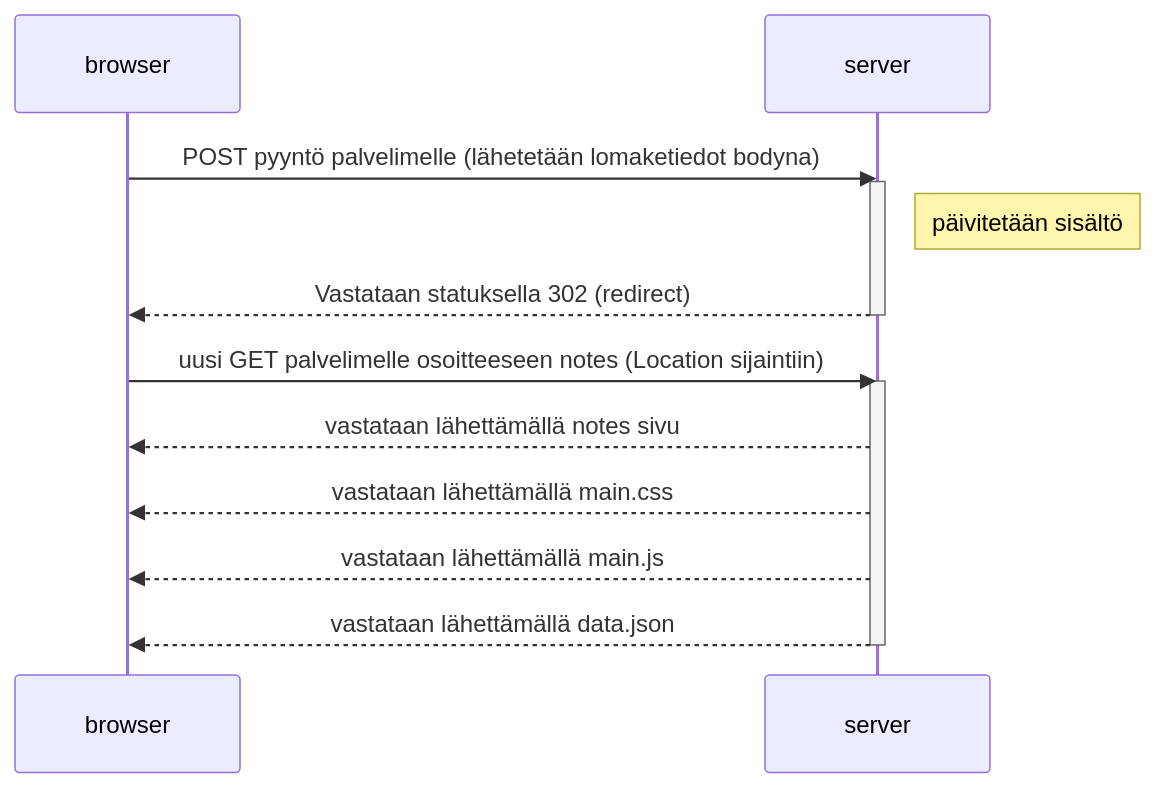
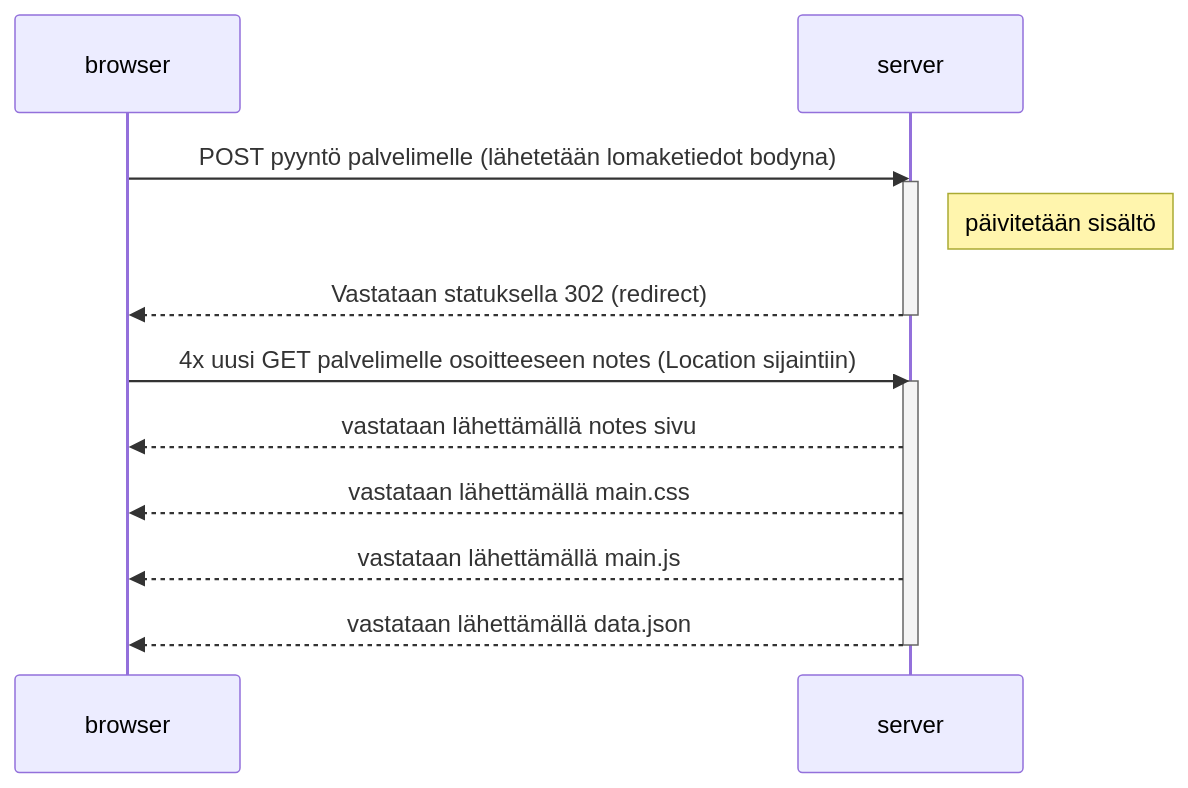
The diagram in exc04.md (antisankari/FSosa0), drawn with Mermaid before and after one commit. The commit also changed other lines of this file and 2 other files, not shown here.

Commit message:
lisatty tehtava 6, paivitetty 4 ja 5

````diff
--- a/exc04.md
+++ b/exc04.md
@@ -1,20 +3,20 @@
 ```mermaid
 sequenceDiagram
     participant browser
     participant server
     
     browser->>server: POST pyyntö palvelimelle (lähetetään lomaketiedot bodyna)
     activate server
     Note right of server: päivitetään sisältö
     server-->>browser: Vastataan statuksella 302 (redirect)
     deactivate server
     
-    browser->>server: uusi GET palvelimelle osoitteeseen notes (Location sijaintiin)
+    browser->>server: 4x uusi GET palvelimelle osoitteeseen notes (Location sijaintiin)
     activate server
     server-->>browser: vastataan lähettämällä notes sivu
     server-->>browser: vastataan lähettämällä main.css
     server-->>browser: vastataan lähettämällä main.js
     server-->>browser: vastataan lähettämällä data.json
     deactivate server
 
 ```
````
